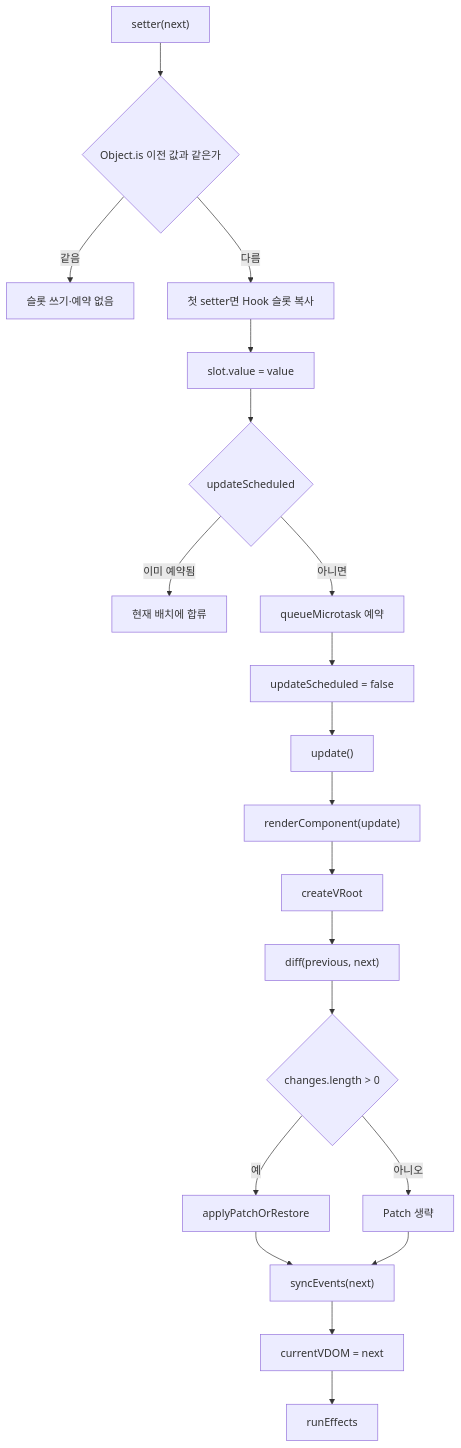
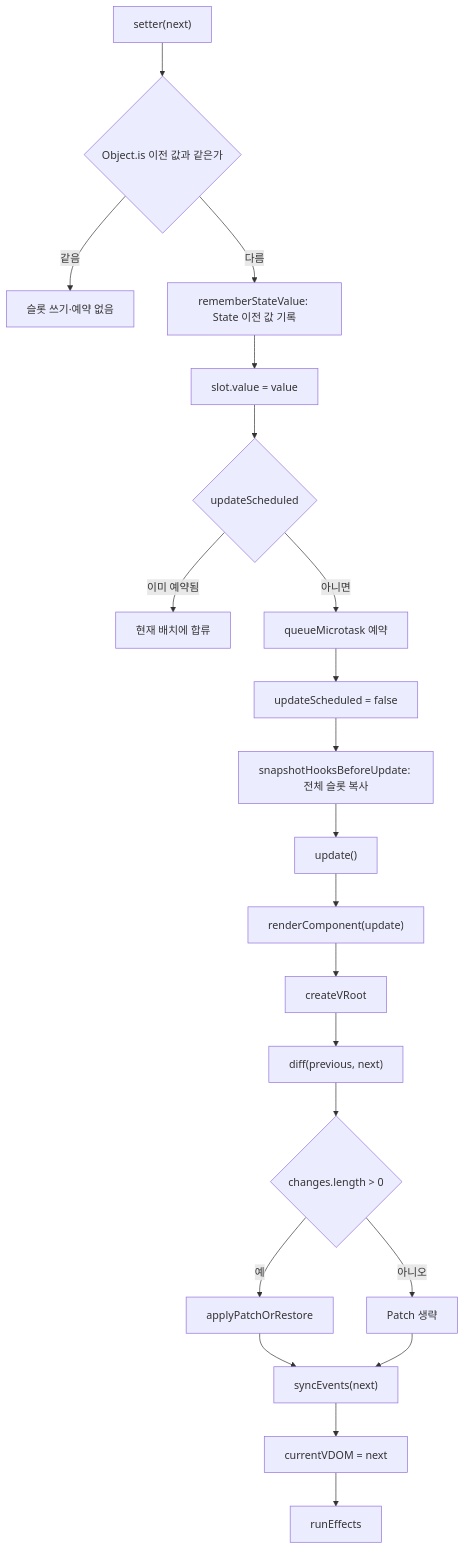
Before and after one commit to bennjung/jungle-mini-react-week11: the third of 5 diagrams in docs/p2_function_flow.md, drawn with Mermaid. The commit also changed other lines of this file and 8 other files, not shown here.

````diff
--- a/docs/p2_function_flow.md
+++ b/docs/p2_function_flow.md
@@ -132,22 +133,23 @@
 ```mermaid
 flowchart TD
     A["setter(next)"] --> B{"Object.is 이전 값과 같은가"}
     B -->|"같음"| B1["슬롯 쓰기·예약 없음"]
-    B -->|"다름"| C["첫 setter면 Hook 슬롯 복사"]
+    B -->|"다름"| C["rememberStateValue: State 이전 값 기록"]
     C --> D["slot.value = value"]
     D --> E{"updateScheduled"}
     E -->|"이미 예약됨"| E1["현재 배치에 합류"]
     E -->|"아니면"| F["queueMicrotask 예약"]
     F --> G["updateScheduled = false"]
-    G --> H["update()"]
+    G --> G2["snapshotHooksBeforeUpdate: 전체 슬롯 복사"]
+    G2 --> H["update()"]
     H --> I["renderComponent(update)"]
     I --> J["createVRoot"]
     J --> K["diff(previous, next)"]
     K --> L{"changes.length > 0"}
     L -->|"예"| M["applyPatchOrRestore"]
     L -->|"아니오"| N["Patch 생략"]
     M --> O["syncEvents(next)"]
     N --> O
     O --> P["currentVDOM = next"]
     P --> Q["runEffects"]
 ```
````
